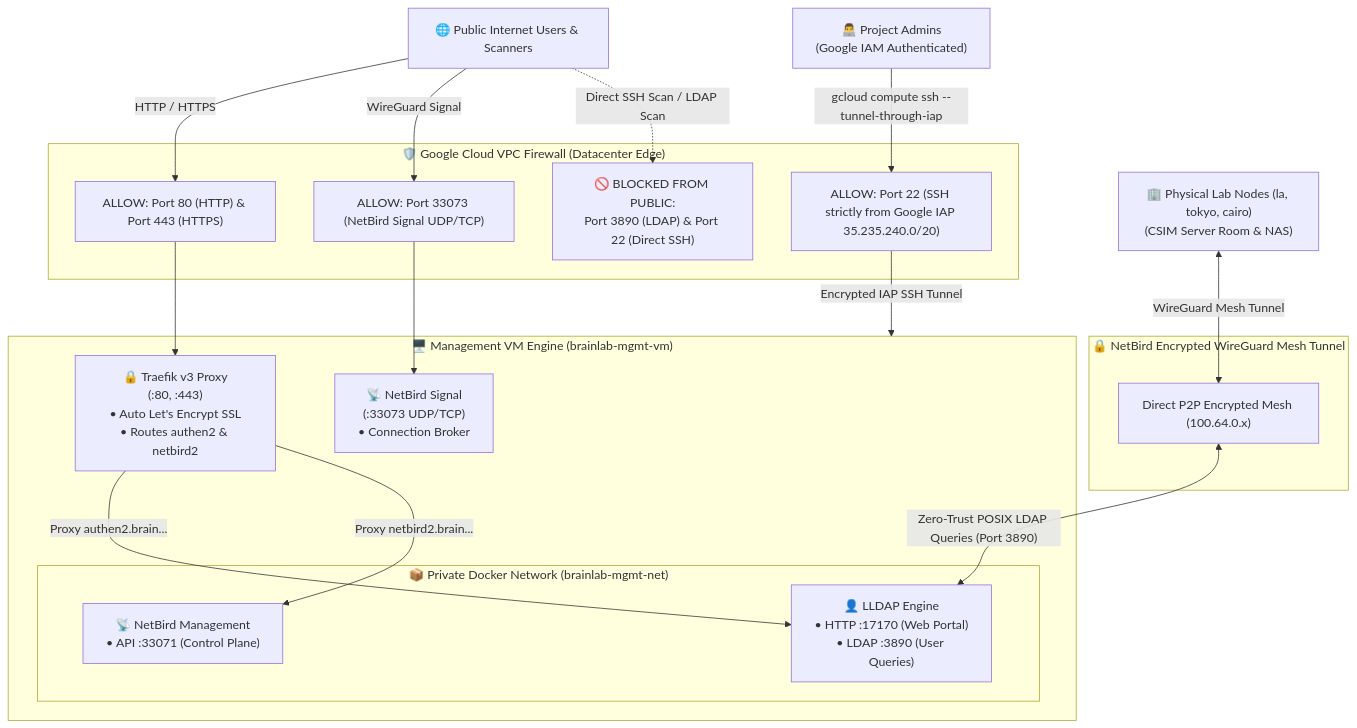
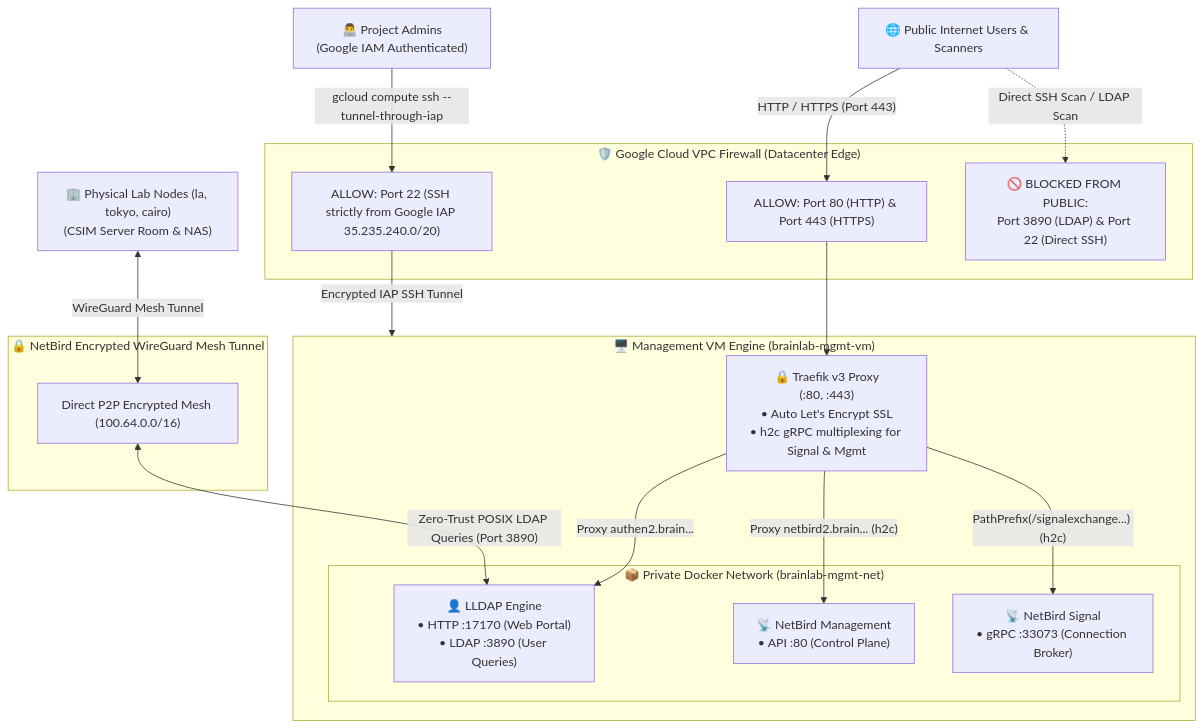
Before and after one commit to AIT-brainlab/brainlab-base: the diagram in mgmt/README.md, drawn with Mermaid. The commit also changed 22 other files, not shown here.

````diff
--- a/mgmt/README.md
+++ b/mgmt/README.md
@@ -16,43 +16,41 @@
 ```mermaid
 flowchart TD
     %% External Ingress
     Internet["🌐 Public Internet Users & Scanners"]
     Admins["👨‍💻 Project Admins<br/>(Google IAM Authenticated)"]
     OnPrem["🏢 Physical Lab Nodes (la, tokyo, cairo)<br/>(CSIM Server Room & NAS)"]
 
     subgraph GCP_FIREWALL ["🛡️ Google Cloud VPC Firewall (Datacenter Edge)"]
         FW_Web["ALLOW: Port 80 (HTTP) & Port 443 (HTTPS)"]
-        FW_NB["ALLOW: Port 33073 (NetBird Signal UDP/TCP)"]
         FW_IAP["ALLOW: Port 22 (SSH strictly from Google IAP 35.235.240.0/20)"]
         FW_Block["🚫 BLOCKED FROM PUBLIC:<br/>Port 3890 (LDAP) & Port 22 (Direct SSH)"]
     end
 
-    Internet -->|"HTTP / HTTPS"| FW_Web
-    Internet -->|"WireGuard Signal"| FW_NB
+    Internet -->|"HTTP / HTTPS (Port 443)"| FW_Web
     Internet -.->|"Direct SSH Scan / LDAP Scan"| FW_Block
     Admins -->|"gcloud compute ssh --tunnel-through-iap"| FW_IAP
 
     subgraph VM ["🖥️ Management VM Engine (brainlab-mgmt-vm)"]
-        Traefik["🔒 Traefik v3 Proxy<br/>(:80, :443)<br/>• Auto Let's Encrypt SSL<br/>• Routes authen2 & netbird2"]
-        NBSignal["📡 NetBird Signal<br/>(:33073 UDP/TCP)<br/>• Connection Broker"]
+        Traefik["🔒 Traefik v3 Proxy<br/>(:80, :443)<br/>• Auto Let's Encrypt SSL<br/>• h2c gRPC multiplexing for Signal & Mgmt"]
         
         subgraph PRIVATE_DOCKER ["📦 Private Docker Network (brainlab-mgmt-net)"]
             LLDAP["👤 LLDAP Engine<br/>• HTTP :17170 (Web Portal)<br/>• LDAP :3890 (User Queries)"]
-            NBMgmt["📡 NetBird Management<br/>• API :33071 (Control Plane)"]
+            NBMgmt["📡 NetBird Management<br/>• API :80 (Control Plane)"]
+            NBSignal["📡 NetBird Signal<br/>• gRPC :33073 (Connection Broker)"]
         end
 
         Traefik -->|"Proxy authen2.brain..."| LLDAP
-        Traefik -->|"Proxy netbird2.brain..."| NBMgmt
+        Traefik -->|"Proxy netbird2.brain... (h2c)"| NBMgmt
+        Traefik -->|"PathPrefix(/signalexchange...) (h2c)"| NBSignal
     end
 
     FW_Web --> Traefik
-    FW_NB --> NBSignal
     FW_IAP -->|"Encrypted IAP SSH Tunnel"| VM
 
     subgraph WIREGUARD_MESH ["🔒 NetBird Encrypted WireGuard Mesh Tunnel"]
-        MeshFlow["Direct P2P Encrypted Mesh (100.64.0.x)"]
+        MeshFlow["Direct P2P Encrypted Mesh (100.64.0.0/16)"]
     end
 
     OnPrem <-->|"WireGuard Mesh Tunnel"| MeshFlow
     MeshFlow <-->|"Zero-Trust POSIX LDAP Queries (Port 3890)"| LLDAP
 ```
````
